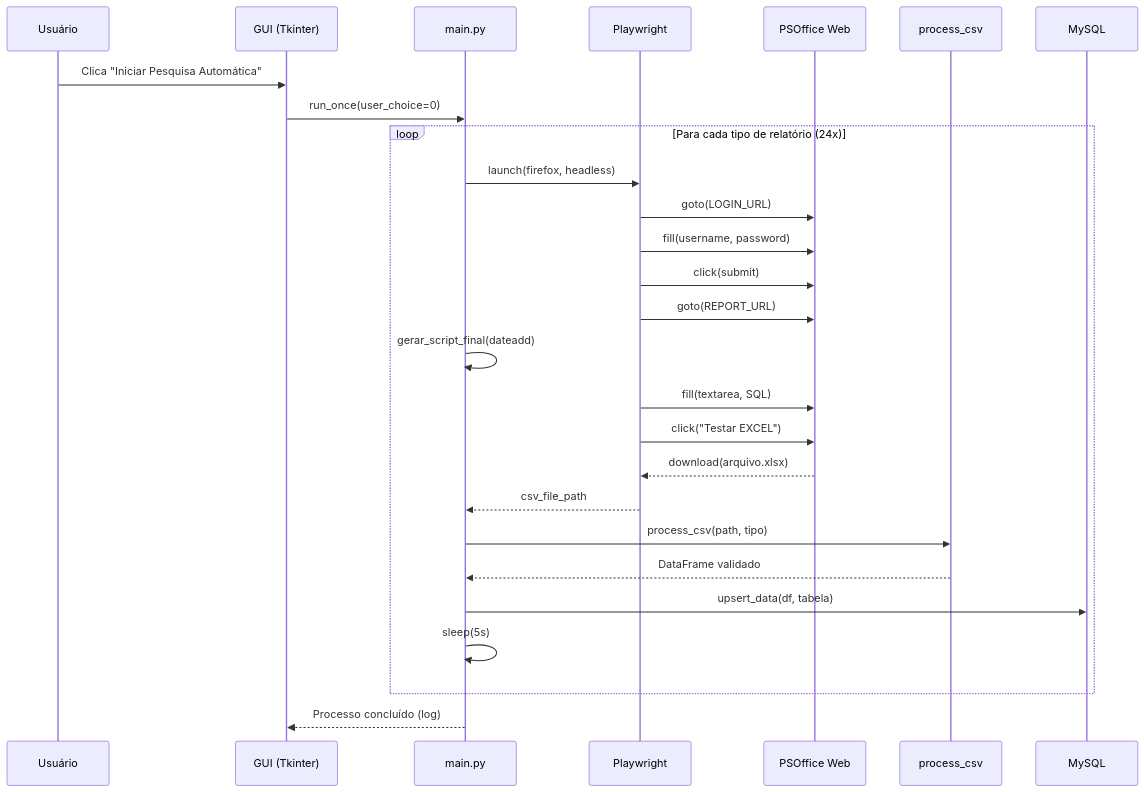
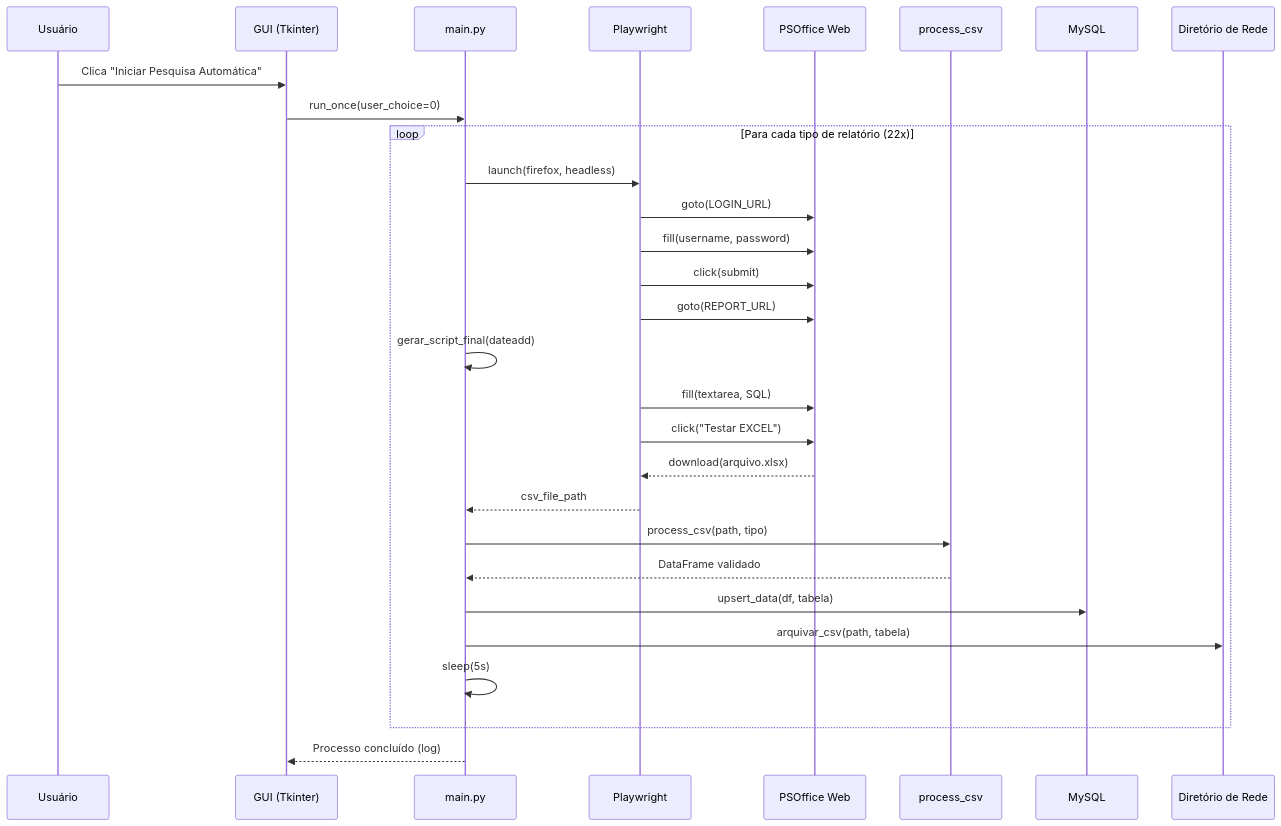
Before and after one commit to leofiorese/bot_pso: the third of 5 diagrams in DOCUMENTACAO_PROJETO.md, drawn with Mermaid. The commit also changed other lines of this file and 1 other file, not shown here.

````diff
--- a/DOCUMENTACAO_PROJETO.md
+++ b/DOCUMENTACAO_PROJETO.md
@@ -310,32 +400,34 @@
 ```mermaid
 sequenceDiagram
     participant U as Usuário
     participant G as GUI (Tkinter)
     participant M as main.py
     participant P as Playwright
     participant PSO as PSOffice Web
     participant CSV as process_csv
     participant DB as MySQL
+    participant REDE as Diretório de Rede
 
     U->>G: Clica "Iniciar Pesquisa Automática"
     G->>M: run_once(user_choice=0)
     
-    loop Para cada tipo de relatório (24x)
+    loop Para cada tipo de relatório (22x)
         M->>P: launch(firefox, headless)
         P->>PSO: goto(LOGIN_URL)
         P->>PSO: fill(username, password)
         P->>PSO: click(submit)
         P->>PSO: goto(REPORT_URL)
         M->>M: gerar_script_final(dateadd)
         P->>PSO: fill(textarea, SQL)
         P->>PSO: click("Testar EXCEL")
         PSO-->>P: download(arquivo.xlsx)
         P-->>M: csv_file_path
         M->>CSV: process_csv(path, tipo)
         CSV-->>M: DataFrame validado
         M->>DB: upsert_data(df, tabela)
+        M->>REDE: arquivar_csv(path, tabela)
         M->>M: sleep(5s)
     end
     
     M-->>G: Processo concluído (log)
 ```
````
